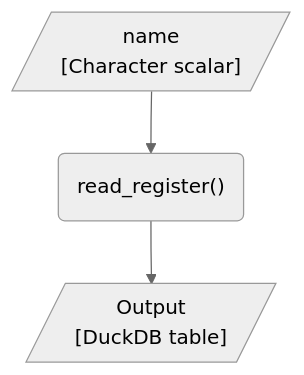
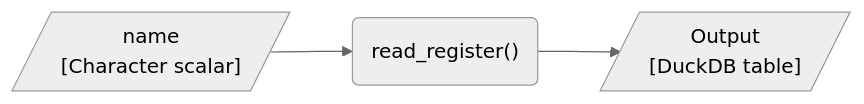
The third of 3 diagrams in articles/design.md (dp-next/registers2parquet), drawn with Mermaid (neutral theme) before and after one commit. The commit also changed other lines of this file and 28 other files, not shown here.

````diff
--- a/articles/design.md
+++ b/articles/design.md
@@ -121,9 +137,9 @@
 ``` mermaid
-flowchart TD
-    name[/"name<br>[Character scalar]"/]
+flowchart LR
+    path[/"name<br>[Character scalar]"/]
     read_register("read_register()")
     output[/"Output<br>[DuckDB table]"/]
 
     %% Edges
-    name --> read_register --> output
+    path --> read_register --> output
 ```
````
